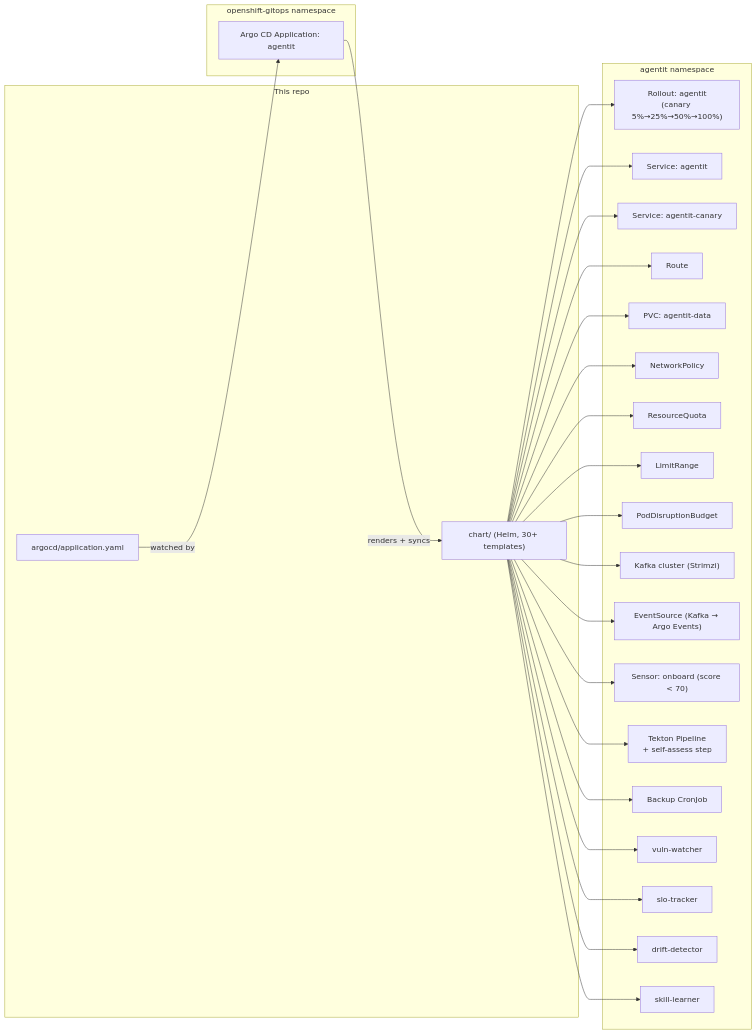
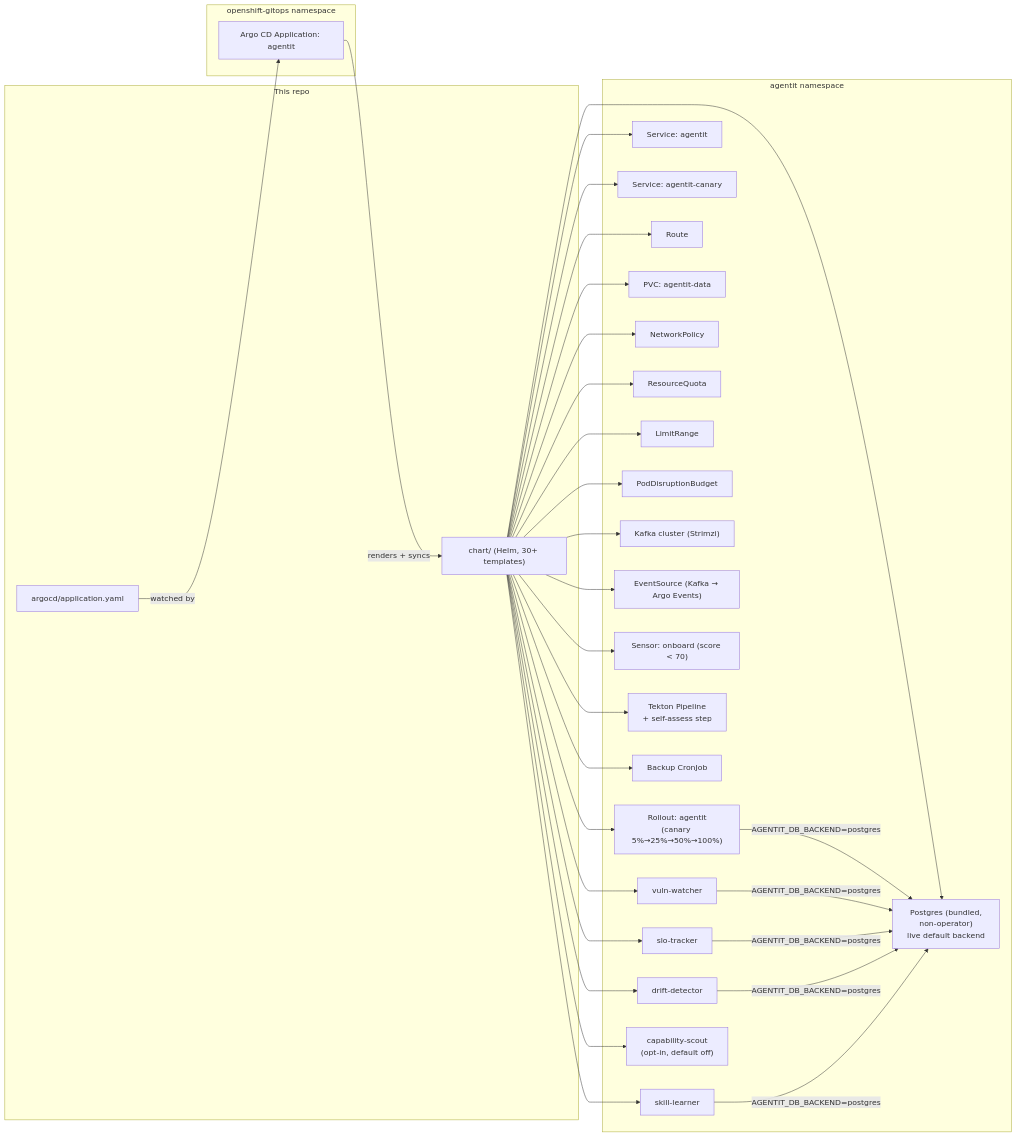
The fourth of 4 diagrams in docs/architecture.md (alimobrem/AgentIT), drawn with Mermaid before and after one commit. The commit also changed other lines of this file and 4 other files, not shown here.

First line of the commit message:
Sync docs with shipped capability-scout and portal work

````diff
--- a/docs/architecture.md
+++ b/docs/architecture.md
@@ -299,40 +350,44 @@
 ```mermaid
 graph LR
     subgraph Git["This repo"]
         Chart["chart/ (Helm, 30+ templates)"]
         AppYaml["argocd/application.yaml"]
     end
 
     subgraph GitOps["openshift-gitops namespace"]
         ArgoCD["Argo CD Application: agentit"]
     end
 
     subgraph NS["agentit namespace"]
         Rollout["Rollout: agentit\n(canary 5%→25%→50%→100%)"]
         SvcStable["Service: agentit"]
         SvcCanary["Service: agentit-canary"]
         Route["Route"]
         PVC["PVC: agentit-data"]
         NetPol["NetworkPolicy"]
         Quota["ResourceQuota"]
         LimitRange["LimitRange"]
         PDB["PodDisruptionBudget"]
         KafkaCluster["Kafka cluster (Strimzi)"]
         EventSource["EventSource (Kafka → Argo Events)"]
         SensorOnboard["Sensor: onboard (score < 70)"]
         Pipeline["Tekton Pipeline\n+ self-assess step"]
         BackupCron["Backup CronJob"]
         VulnWatcher["vuln-watcher"]
         SloTracker["slo-tracker"]
         DriftDetector["drift-detector"]
         SkillLearner["skill-learner"]
+        CapabilityScout["capability-scout\n(opt-in, default off)"]
+        PgBundled["Postgres (bundled,\nnon-operator)\nlive default backend"]
     end
 
     AppYaml -->|"watched by"| ArgoCD
     ArgoCD -->|"renders + syncs"| Chart
     Chart --> Rollout & SvcStable & SvcCanary & Route & PVC
     Chart --> NetPol & Quota & LimitRange & PDB
     Chart --> KafkaCluster & EventSource & SensorOnboard
     Chart --> Pipeline & BackupCron
-    Chart --> VulnWatcher & SloTracker & DriftDetector & SkillLearner
+    Chart --> VulnWatcher & SloTracker & DriftDetector & SkillLearner & CapabilityScout
+    Chart --> PgBundled
+    Rollout & VulnWatcher & SloTracker & DriftDetector & SkillLearner -->|"AGENTIT_DB_BACKEND=postgres"| PgBundled
 ```
````
